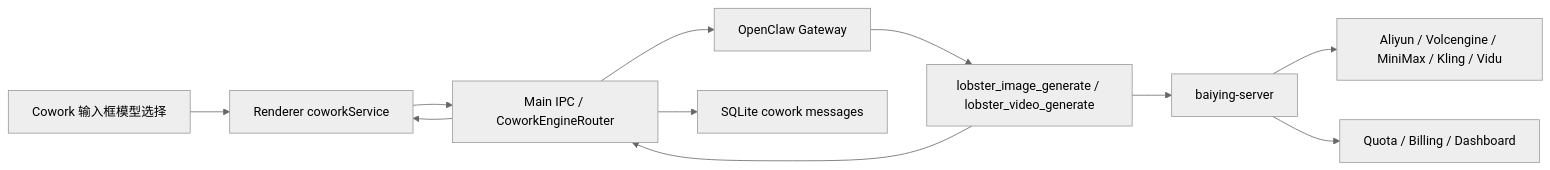
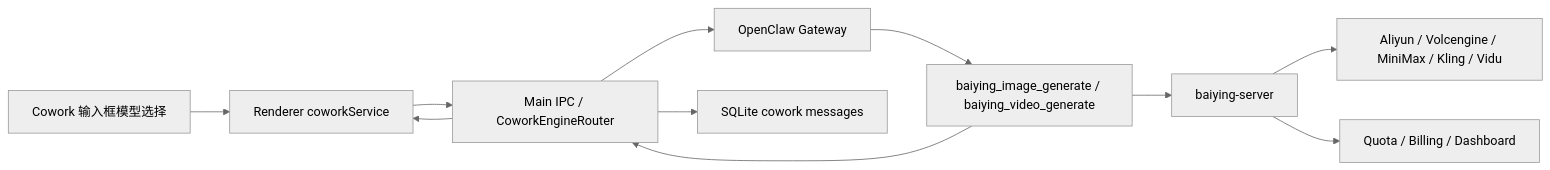
One commit to Kin-10/NEXUS changed the diagram in specs/features/media-generation/2026-05-13-media-generation-design.md. Above: the diagram before and after it, drawn with Mermaid (neutral theme). The commit also changed other lines of this file and 256 other files, not shown here.

````diff
--- a/specs/features/media-generation/2026-05-13-media-generation-design.md
+++ b/specs/features/media-generation/2026-05-13-media-generation-design.md
@@ -420,13 +420,13 @@
 ```mermaid
 flowchart LR
   UI["Cowork 输入框模型选择"] --> Renderer["Renderer coworkService"]
   Renderer --> Main["Main IPC / CoworkEngineRouter"]
   Main --> Gateway["OpenClaw Gateway"]
-  Gateway --> Tool["lobster_image_generate / lobster_video_generate"]
+  Gateway --> Tool["baiying_image_generate / baiying_video_generate"]
   Tool --> Server["baiying-server"]
   Server --> Provider["Aliyun / Volcengine / MiniMax / Kling / Vidu"]
   Server --> Billing["Quota / Billing / Dashboard"]
   Tool --> Main
   Main --> Store["SQLite cowork messages"]
   Main --> Renderer
 ```
````
